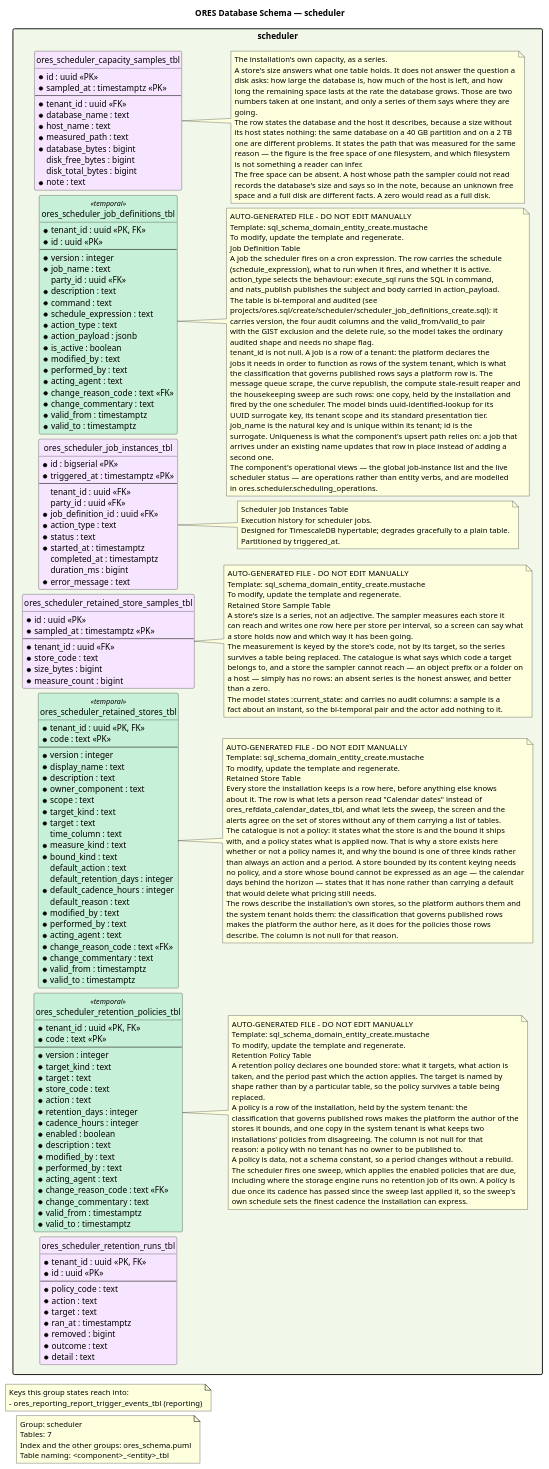
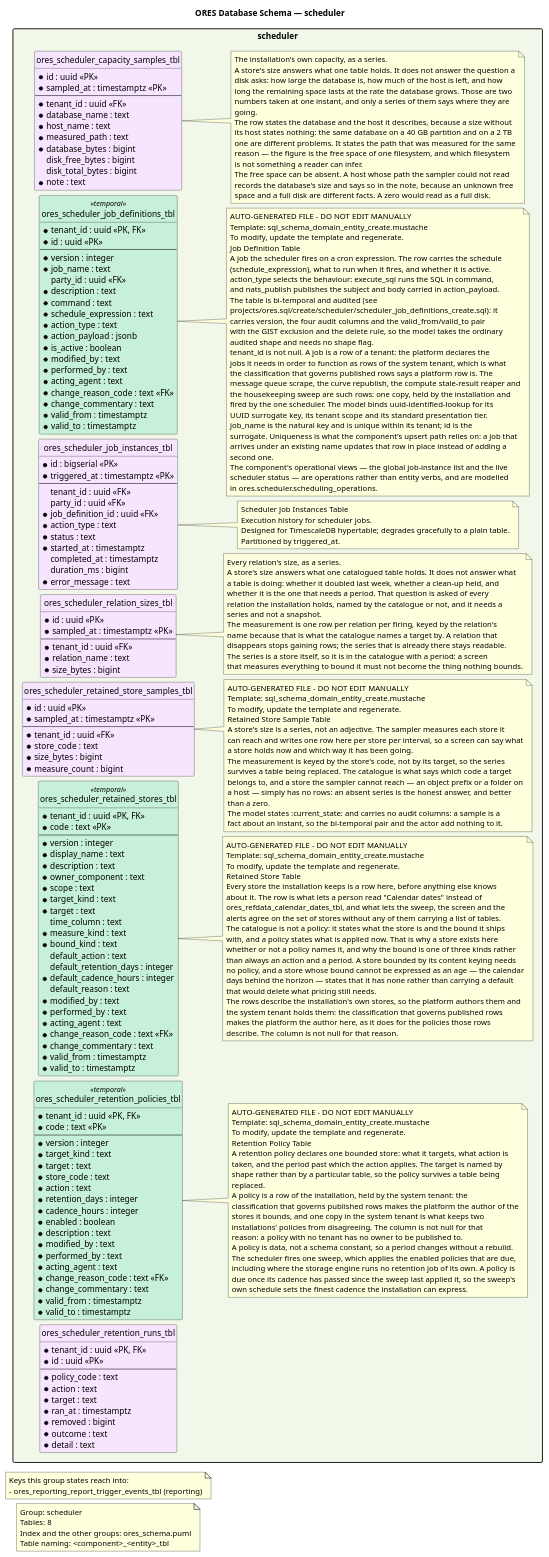
Before and after one commit to OreStudio/OreStudio: the diagram in projects/ores.sql/modeling/ores_schema.scheduler.puml, drawn with PlantUML. The commit also changed 31 other files, not shown here.

```diff
--- a/projects/ores.sql/modeling/ores_schema.scheduler.puml
+++ b/projects/ores.sql/modeling/ores_schema.scheduler.puml
@@ -32,7 +32,7 @@
 
 note as GroupNote
 Group: scheduler
-Tables: 7
+Tables: 8
 Index and the other groups: ores_schema.puml
 Table naming: <component>_<entity>_tbl
 end note
@@ -149,6 +149,29 @@
     Execution history for scheduler jobs.
     Designed for TimescaleDB hypertable; degrades gracefully to a plain table.
     Partitioned by triggered_at.
+    end note
+
+    entity ores_scheduler_relation_sizes_tbl  #F7E5FF {
+        * id : uuid <<PK>>
+        * sampled_at : timestamptz <<PK>>
+        --
+        * tenant_id : uuid <<FK>>
+        * relation_name : text
+        * size_bytes : bigint
+    }
+
+    note right of ores_scheduler_relation_sizes_tbl
+    Every relation's size, as a series.
+    A store's size answers what one catalogued table holds. It does not answer what
+    a table is doing: whether it doubled last week, whether a clean-up held, and
+    whether it is the one that needs a period. That question is asked of every
+    relation the installation holds, named by the catalogue or not, and it needs a
+    series and not a snapshot.
+    The measurement is one row per relation per firing, keyed by the relation's
+    name because that is what the catalogue names a target by. A relation that
+    disappears stops gaining rows; the series that is already there stays readable.
+    The series is a store itself, so it is in the catalogue with a period: a screen
+    that measures everything to bound it must not become the thing nothing bounds.
     end note
 
     entity ores_scheduler_retained_store_samples_tbl  #F7E5FF {
```
